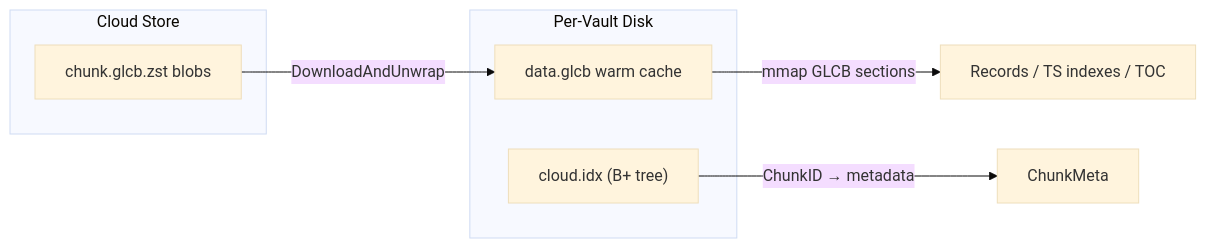
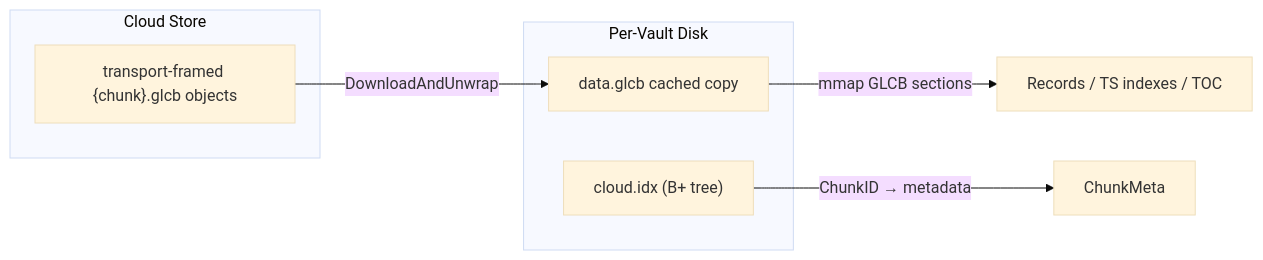
Before and after one commit to kluzzebass/gastrolog: the eighth of 10 diagrams in docs/query_execution.md, drawn with Mermaid (base theme). The commit also changed other lines of this file and 112 other files, not shown here.

````diff
--- a/docs/query_execution.md
+++ b/docs/query_execution.md
@@ -310,15 +311,15 @@
 ```mermaid
 flowchart LR
     subgraph "Per-Vault Disk"
         BTree["cloud.idx (B+ tree)"]
-        WarmCache["data.glcb warm cache"]
+        CachedCopy["data.glcb cached copy"]
     end
 
     subgraph "Cloud Store"
-        Blobs["chunk.glcb.zst blobs"]
+        Blobs["transport-framed {chunk}.glcb objects"]
     end
 
     BTree -->|"ChunkID → metadata"| Meta["ChunkMeta"]
-    Blobs -->|"DownloadAndUnwrap"| WarmCache
-    WarmCache -->|"mmap GLCB sections"| Positions["Records / TS indexes / TOC"]
+    Blobs -->|"DownloadAndUnwrap"| CachedCopy
+    CachedCopy -->|"mmap GLCB sections"| Positions["Records / TS indexes / TOC"]
 ```
````
